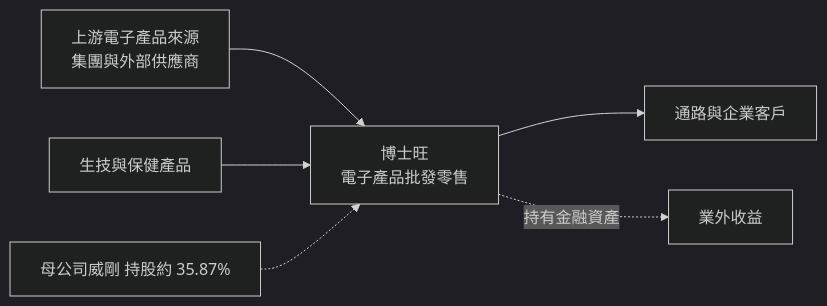
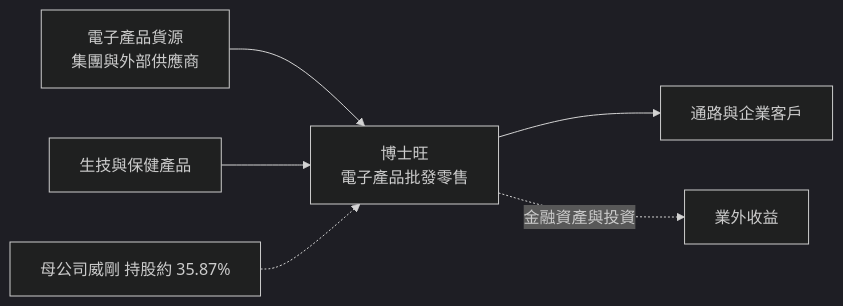
Before and after one commit to wangnick1004/taiwan-stock-vault: the first of 3 diagrams in 個股/台股/3555博士旺.md, drawn with Mermaid (dark theme). The commit also changed other lines of this file and 142 other files, not shown here.

````diff
--- a/個股/台股/3555博士旺.md
+++ b/個股/台股/3555博士旺.md
@@ -60,8 +57,8 @@
 ```mermaid
 flowchart LR
-    A["上游電子產品來源<br/>集團與外部供應商"] --> B[博士旺<br/>電子產品批發零售]
-    B --> C[通路與企業客戶]
-    D[生技與保健產品] --> B
-    B -. 持有金融資產 .-> E[業外收益]
-    F[母公司威剛 持股約 35.87%] -.-> B
+    A["電子產品貨源<br/>集團與外部供應商"] --> B[博士旺<br/>電子產品批發零售]
+    C[生技與保健產品] --> B
+    B --> D[通路與企業客戶]
+    E[母公司威剛 持股約 35.87%] -.-> B
+    B -. 金融資產與投資 .-> F[業外收益]
 ```
````
